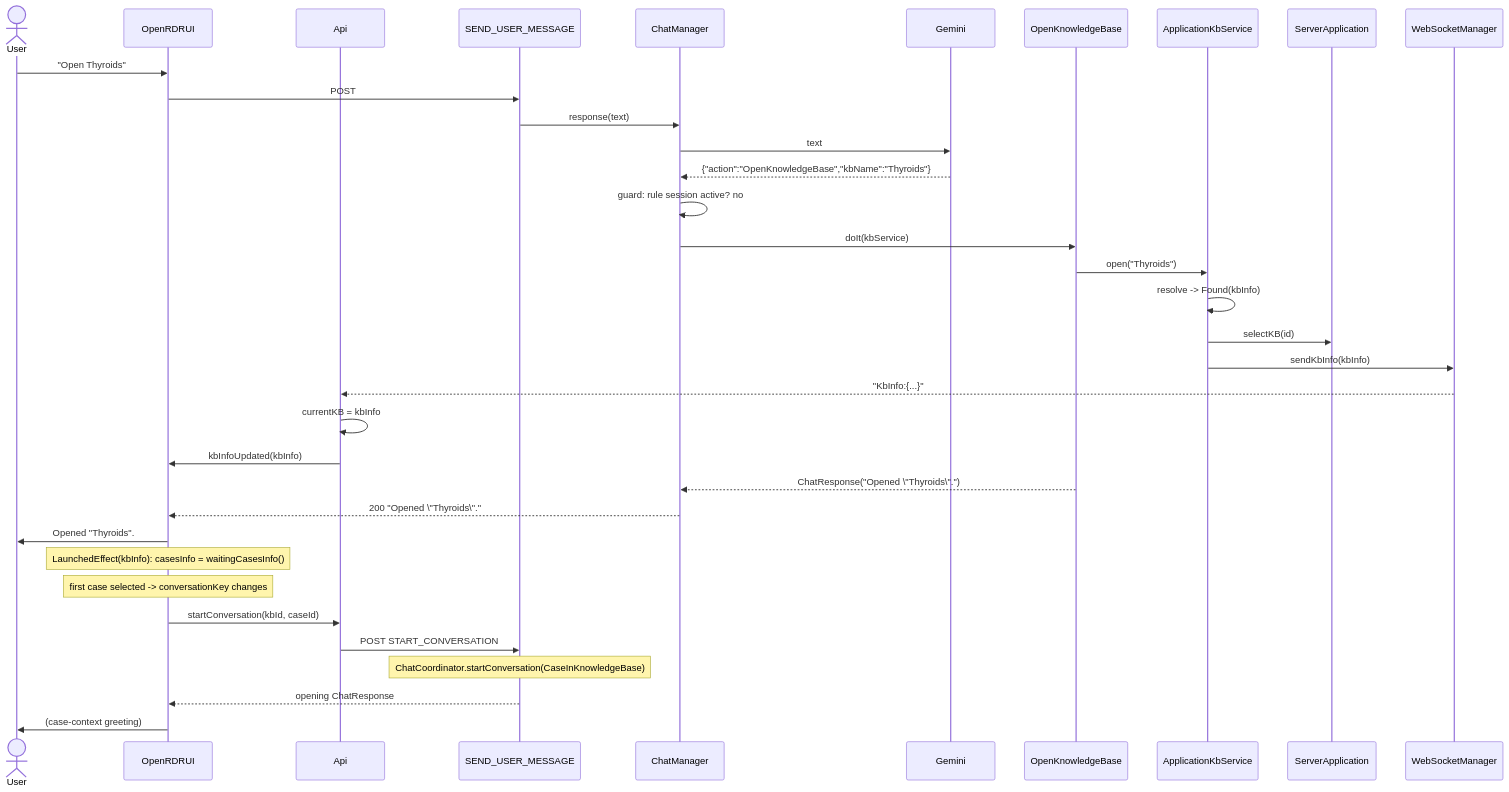
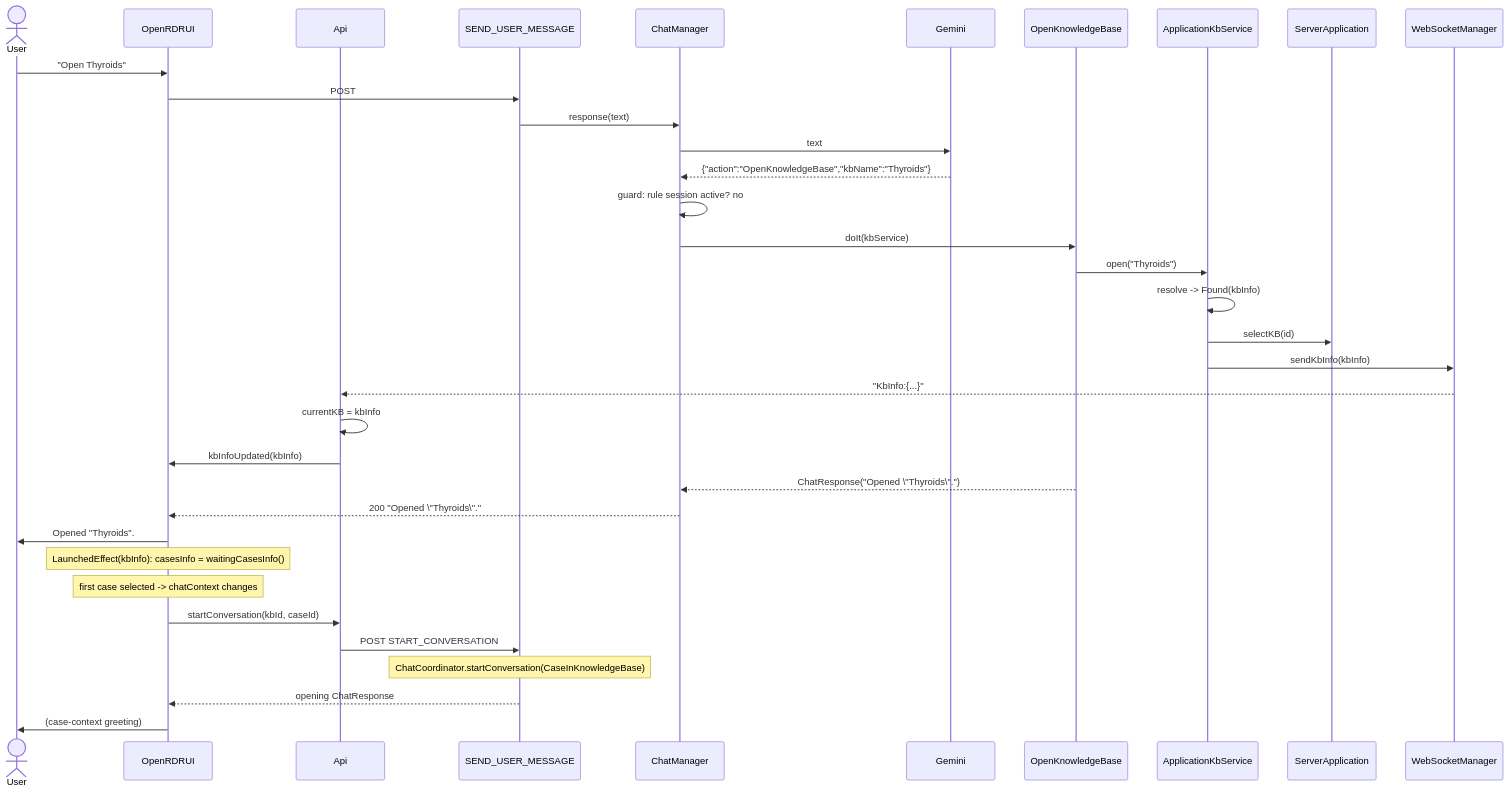
The third of 6 diagrams in documentation/design/kb_management_by_chat.md (TimLavers/OpenRDR), drawn with Mermaid before and after one commit. The commit also changed other lines of this file and 10 other files, not shown here.

Commit message:
Client follows KbInfo and KbClosed web-socket events; chat usable without a case

````diff
--- a/documentation/design/kb_management_by_chat.md
+++ b/documentation/design/kb_management_by_chat.md
@@ -647,37 +657,37 @@
 ```mermaid
 sequenceDiagram
     actor User
     participant UI as OpenRDRUI
     participant Api
     participant Route as SEND_USER_MESSAGE
     participant CM as ChatManager
     participant Model as Gemini
     participant Act as OpenKnowledgeBase
     participant Svc as ApplicationKbService
     participant App as ServerApplication
     participant WS as WebSocketManager
     User ->> UI: "Open Thyroids"
     UI ->> Route: POST
     Route ->> CM: response(text)
     CM ->> Model: text
     Model -->> CM: {"action":"OpenKnowledgeBase","kbName":"Thyroids"}
     CM ->> CM: guard: rule session active? no
     CM ->> Act: doIt(kbService)
     Act ->> Svc: open("Thyroids")
     Svc ->> Svc: resolve -> Found(kbInfo)
     Svc ->> App: selectKB(id)
     Svc ->> WS: sendKbInfo(kbInfo)
     WS -->> Api: "KbInfo:{...}"
     Api ->> Api: currentKB = kbInfo
     Api ->> UI: kbInfoUpdated(kbInfo)
     Act -->> CM: ChatResponse("Opened \"Thyroids\".")
     CM -->> UI: 200 "Opened \"Thyroids\"."
     UI ->> User: Opened "Thyroids".
     Note over UI: LaunchedEffect(kbInfo): casesInfo = waitingCasesInfo()
-    Note over UI: first case selected -> conversationKey changes
+  Note over UI: first case selected -> chatContext changes
     UI ->> Api: startConversation(kbId, caseId)
     Api ->> Route: POST START_CONVERSATION
     Note over Route: ChatCoordinator.startConversation(CaseInKnowledgeBase)
     Route -->> UI: opening ChatResponse
     UI ->> User: (case-context greeting)
 ```
````
